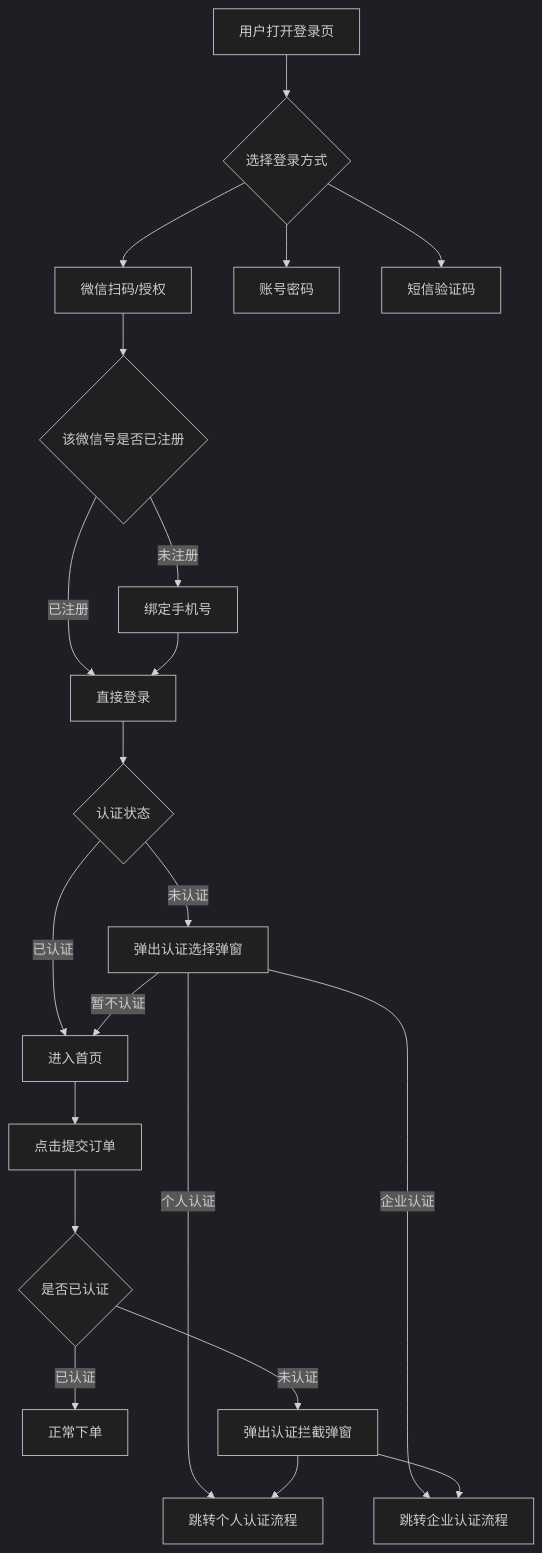
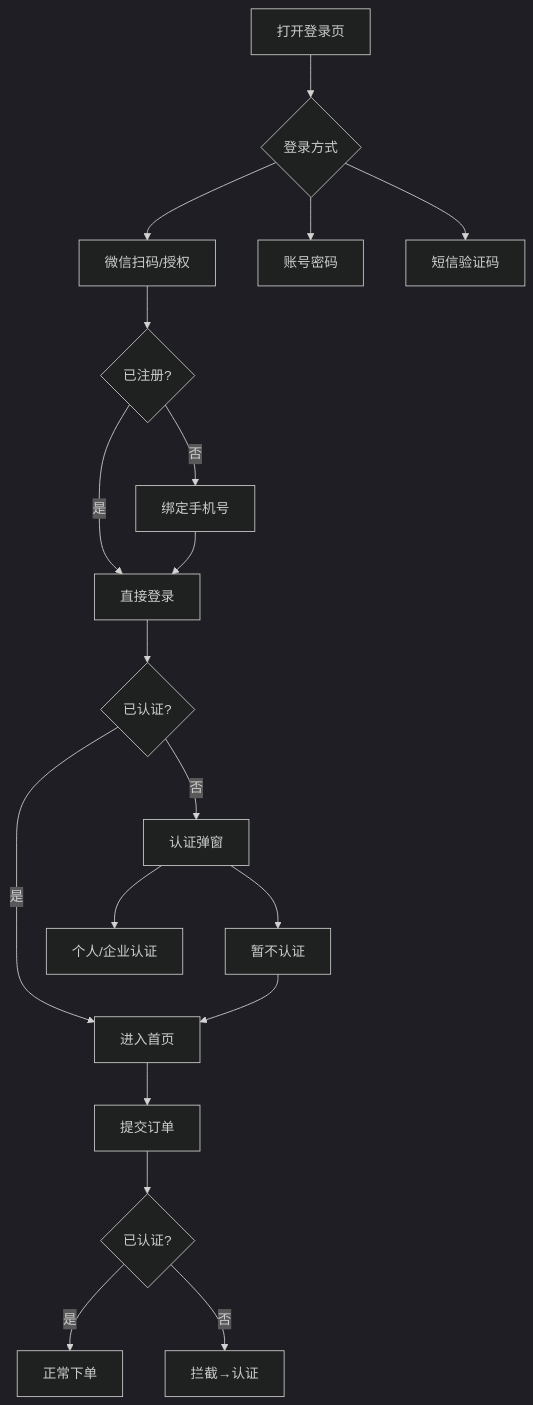
Before and after one commit to Connie-316/enterprise-auth-docs: the diagram in PRD_微信一键登录_v1.11_优化版.md, drawn with Mermaid (dark theme). The commit also changed other lines of this file and 1 other file, not shown here.

````diff
--- a/PRD_微信一键登录_v1.11_优化版.md
+++ b/PRD_微信一键登录_v1.11_优化版.md
@@ -27,26 +24,21 @@
 ```mermaid
 graph TD
-    A[用户打开登录页] --> B{选择登录方式}
+    A[打开登录页] --> B{登录方式}
     B --> C[微信扫码/授权]
     B --> D[账号密码]
     B --> E[短信验证码]
-
-    C --> F{该微信号是否已注册}
-    F -->|已注册| G[直接登录]
-    F -->|未注册| H[绑定手机号]
+    C --> F{已注册?}
+    F -->|是| G[直接登录]
+    F -->|否| H[绑定手机号]
     H --> G
-
-    G --> I{认证状态}
-    I -->|已认证| J[进入首页]
-    I -->|未认证| K[弹出认证选择弹窗]
-    K -->|个人认证| L[跳转个人认证流程]
-    K -->|企业认证| M[跳转企业认证流程]
-    K -->|暂不认证| J
-
-    J --> N[点击提交订单]
-    N --> O{是否已认证}
-    O -->|已认证| P[正常下单]
-    O -->|未认证| Q[弹出认证拦截弹窗]
-    Q --> L
-    Q --> M
+    G --> I{已认证?}
+    I -->|是| J[进入首页]
+    I -->|否| K[认证弹窗]
+    K --> L[个人/企业认证]
+    K --> M[暂不认证]
+    M --> J
+    J --> N[提交订单]
+    N --> O{已认证?}
+    O -->|是| P[正常下单]
+    O -->|否| Q[拦截→认证]
 ```
````
